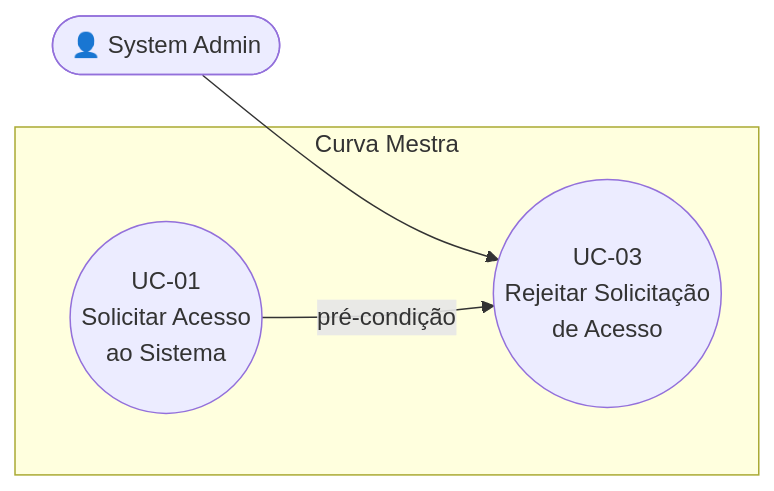
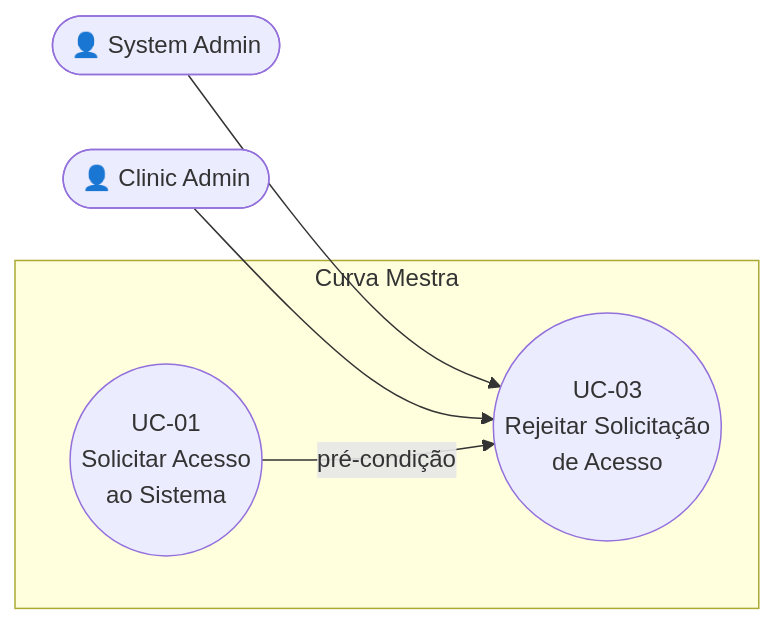
Before and after one commit to GScandelari/curva_mestra_system: the diagram in ONLY_FOR_DEVS/PO_BA_Docs/UC-03-rejeitar-solicitacao-de-acesso.md, drawn with Mermaid. The commit also changed other lines of this file and 8 other files, not shown here.

````diff
--- a/ONLY_FOR_DEVS/PO_BA_Docs/UC-03-rejeitar-solicitacao-de-acesso.md
+++ b/ONLY_FOR_DEVS/PO_BA_Docs/UC-03-rejeitar-solicitacao-de-acesso.md
@@ -16,12 +16,14 @@
 ```mermaid
 flowchart LR
     Admin([👤 System Admin])
+    ClinicAdmin([👤 Clinic Admin])
 
     subgraph Sistema["Curva Mestra"]
         UC01(("UC-01\nSolicitar Acesso\nao Sistema"))
         UC03(("UC-03\nRejeitar Solicitação\nde Acesso"))
     end
 
     Admin --> UC03
+    ClinicAdmin --> UC03
     UC01 -->|pré-condição| UC03
 ```
````
